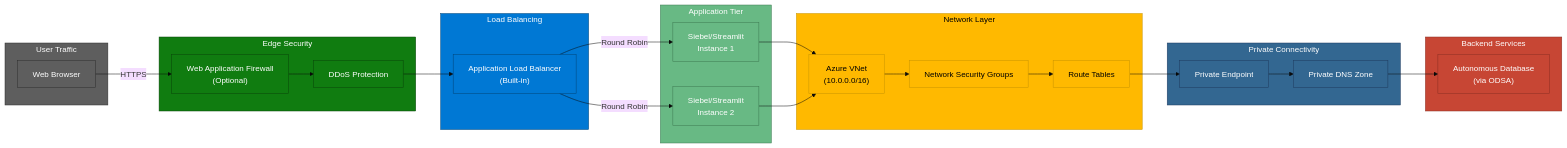
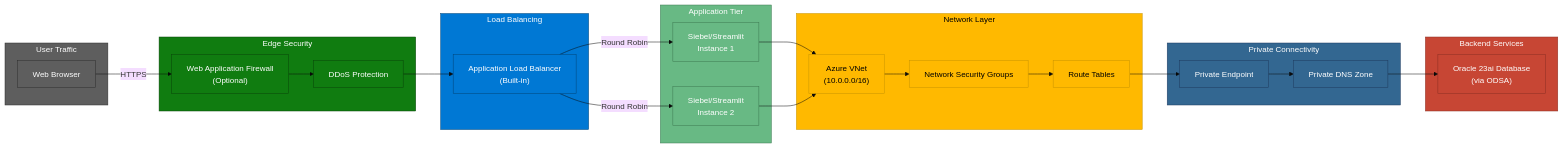
The ninth of 17 diagrams in docs/ARCHITECTURE_DIAGRAMS.md (psreek-ai/SiebelCRMSemanticSearch), drawn with Mermaid (base theme) before and after one commit. The commit also changed other lines of this file and 13 other files, not shown here.

````diff
--- a/docs/ARCHITECTURE_DIAGRAMS.md
+++ b/docs/ARCHITECTURE_DIAGRAMS.md
@@ -540,68 +557,68 @@
 ```mermaid
 graph LR
     subgraph UserTraffic["User Traffic"]
         Browser["Web Browser"]
     end
     
     subgraph EdgeSecurity["Edge Security"]
         WAF["Web Application Firewall<br/>(Optional)"]
         DDoS["DDoS Protection"]
     end
     
     subgraph LoadBalancing["Load Balancing"]
         ALB["Application Load Balancer<br/>(Built-in)"]
     end
     
     subgraph Application["Application Tier"]
         App1["Siebel/Streamlit<br/>Instance 1"]
         App2["Siebel/Streamlit<br/>Instance 2"]
     end
     
     subgraph Network["Network Layer"]
         VNet["Azure VNet<br/>(10.0.0.0/16)"]
         NSG["Network Security Groups"]
         Route["Route Tables"]
     end
     
     subgraph PrivateLink["Private Connectivity"]
         Endpoint["Private Endpoint"]
         DNS["Private DNS Zone"]
     end
     
     subgraph Backend["Backend Services"]
-        ADB["Autonomous Database<br/>(via ODSA)"]
+        ADB["Oracle 23ai Database<br/>(via ODSA)"]
     end
     
     Browser -->|HTTPS| WAF
     WAF --> DDoS
     DDoS --> ALB
     
     ALB -->|Round Robin| App1
     ALB -->|Round Robin| App2
     
     App1 --> VNet
     App2 --> VNet
     
     VNet --> NSG
     NSG --> Route
     
     Route --> Endpoint
     Endpoint --> DNS
     DNS --> ADB
     
     classDef user fill:#5E5E5E,stroke:#2E2E2E,color:#fff
     classDef security fill:#107C10,stroke:#094509,color:#fff
     classDef lb fill:#0078D4,stroke:#004578,color:#fff
     classDef app fill:#68B984,stroke:#3D7A52,color:#fff
     classDef network fill:#FFB900,stroke:#C79400,color:#000
     classDef private fill:#336791,stroke:#1E3A5F,color:#fff
     classDef backend fill:#C74634,stroke:#8B2F23,color:#fff
     
     class UserTraffic,Browser user
     class EdgeSecurity,WAF,DDoS security
     class LoadBalancing,ALB lb
     class Application,App1,App2 app
     class Network,VNet,NSG,Route network
     class PrivateLink,Endpoint,DNS private
     class Backend,ADB backend
 ```
````
